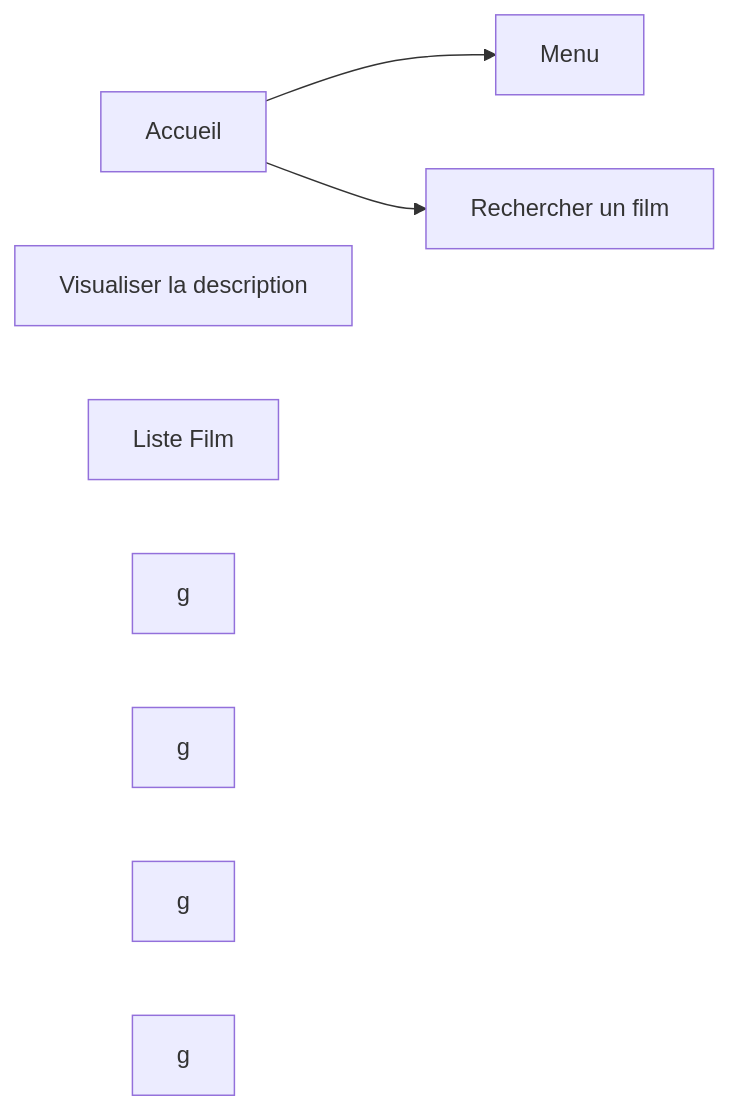
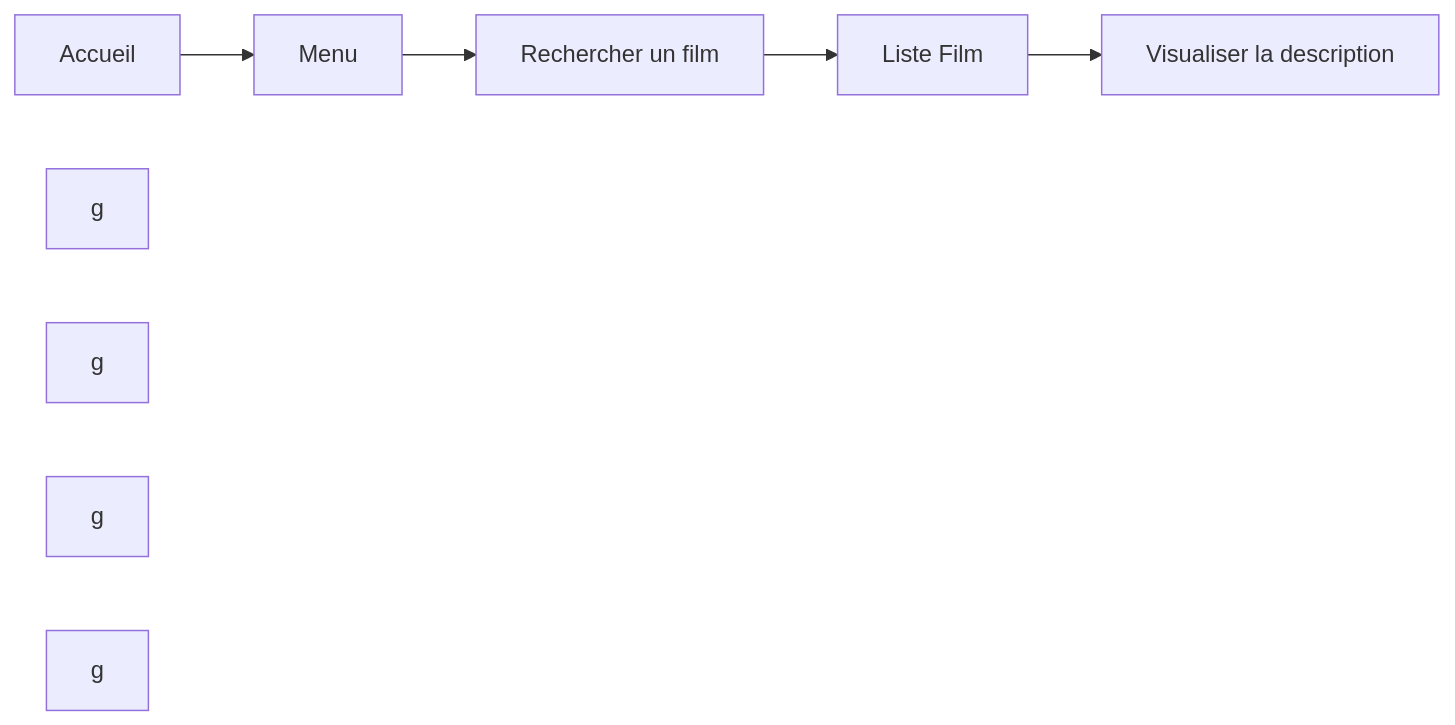
The first of 3 diagrams in README.md (Remynder0/cours_BUT_24-25), drawn with Mermaid before and after one commit. The commit also changed other lines of this file, not shown here.

````diff
--- a/README.md
+++ b/README.md
@@ -120,17 +120,16 @@
 ```mermaid
 graph LR
 
 A[Accueil]
 B[Visualiser la description]
 C[Rechercher un film]
 D[Liste Film] 
 E[Menu] 
 F[g]
 G[g] 
 H[g] 
 I[g]
 
-A --> E
-A --> C
+A --> E --> C --> D -->B
 
 ```
````
